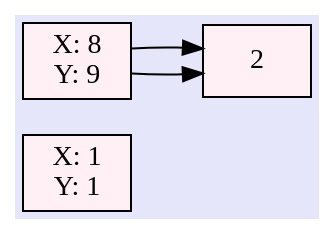
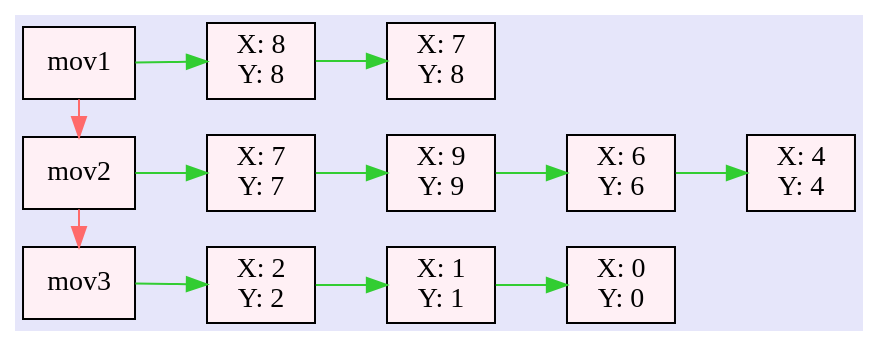
The diagram in pila.dot (ASique-4/-EDD_2S-BatallaNaval_202012039), drawn with Graphviz before and after one commit. The commit also changed 12 other files, not shown here.

```diff
--- a/pila.dot
+++ b/pila.dot
@@ -1,16 +1,35 @@
 digraph Tutorial {
 graph [rankdir = LR ]
 node [shape = box]
 bgcolor="lavender"
 node [ style=filled,shape = box, fillcolor="lavenderblush:lavenderblush1"]
-0 [label="X: 1
+{rank = same "mov1""mov2""mov3"}
+"mov1"-> "mov2"-> "mov3"[color = indianred1];
+"mov1" [label="mov1"];
+0 [label="X: 8
+Y: 8"];
+1 [label="X: 7
+Y: 8"];
+"mov1"->0 -> 1[color = limegreen]; 
+
+"mov2" [label="mov2"];
+2 [label="X: 7
+Y: 7"];
+3 [label="X: 9
+Y: 9"];
+4 [label="X: 6
+Y: 6"];
+5 [label="X: 4
+Y: 4"];
+"mov2"->2 -> 3 -> 4 -> 5[color = limegreen]; 
+
+"mov3" [label="mov3"];
+6 [label="X: 2
+Y: 2"];
+7 [label="X: 1
 Y: 1"];
-1 [label="X: 2
-Y: 2"];
-1 -> 2
-1 [label="X: 6
-Y: 4"];
-1 -> 2
-1 [label="X: 8
-Y: 9"];
+8 [label="X: 0
+Y: 0"];
+"mov3"->6 -> 7 -> 8[color = limegreen]; 
+
 }
```
